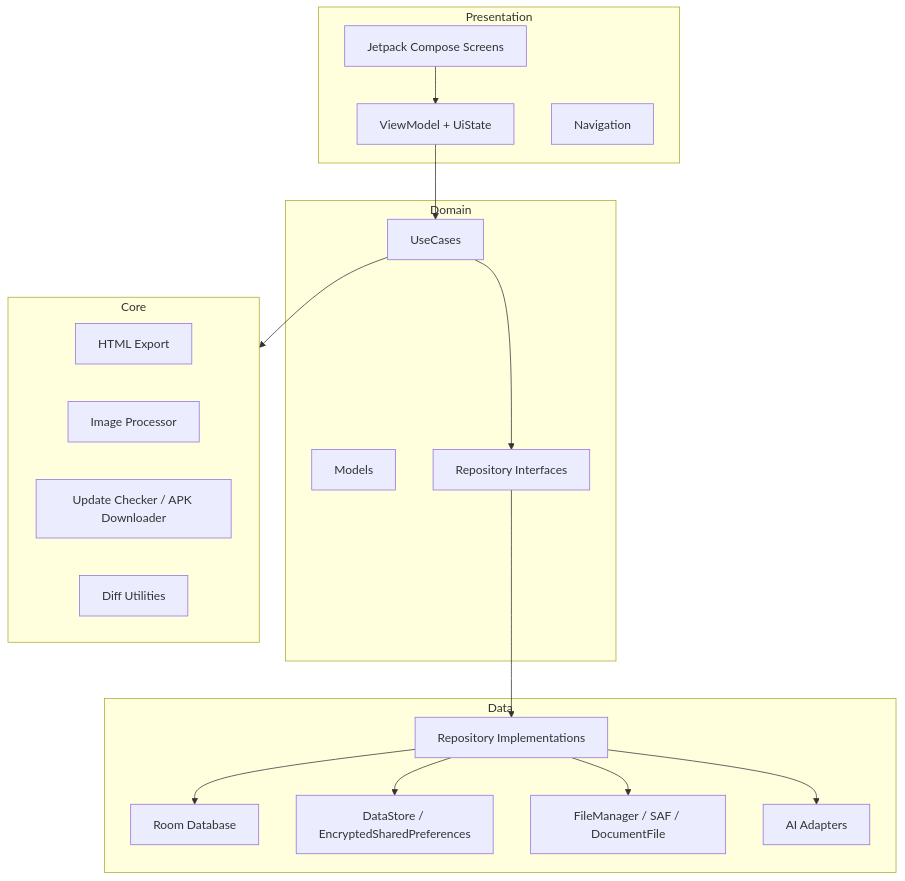
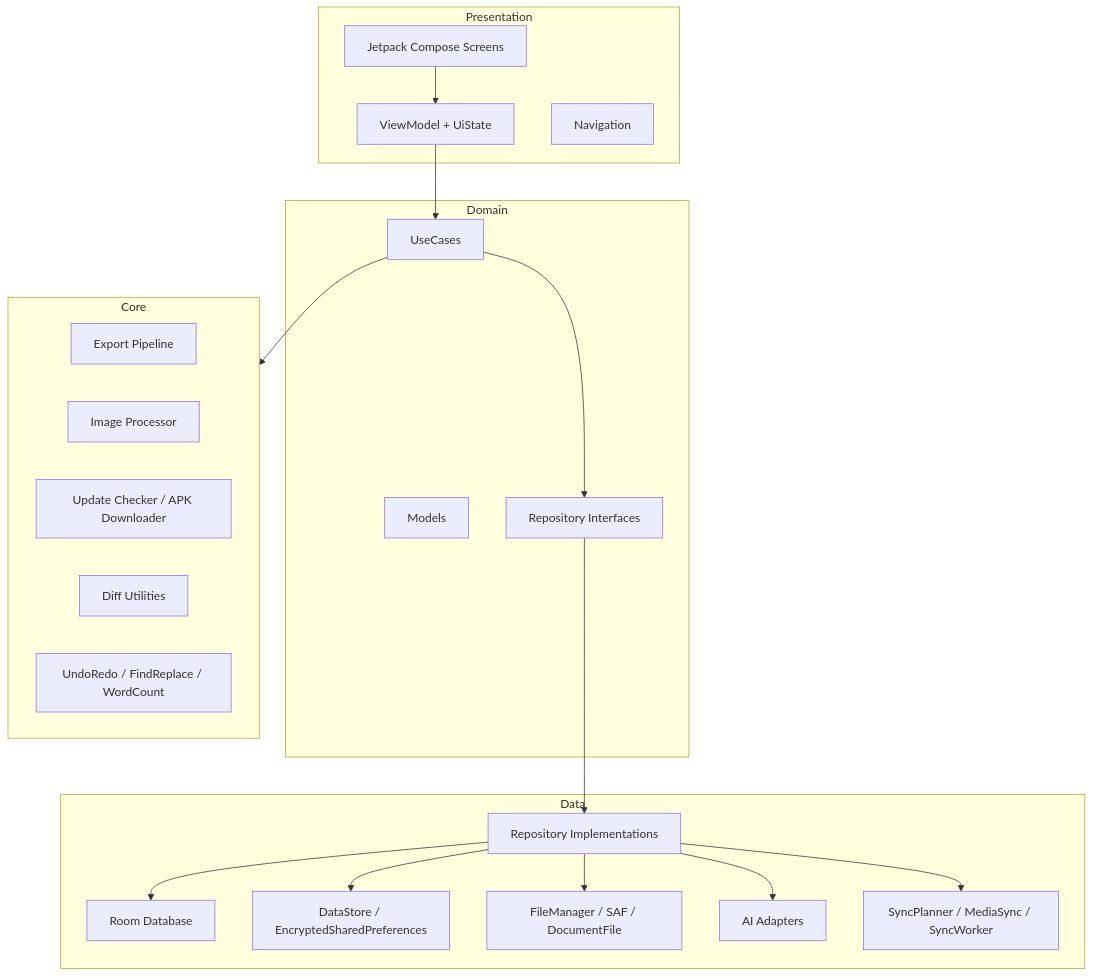
Before and after one commit to ban-code-art/YuMark: the third of 3 diagrams in README.md, drawn with Mermaid. The commit also changed other lines of this file and 1 other file, not shown here.

````diff
--- a/README.md
+++ b/README.md
@@ -246,39 +275,42 @@
 ```mermaid
 flowchart TB
     subgraph Presentation["Presentation"]
         Compose["Jetpack Compose Screens"]
         VM["ViewModel + UiState"]
         Nav["Navigation"]
     end
 
     subgraph Domain["Domain"]
         Model["Models"]
         UseCase["UseCases"]
         RepoContract["Repository Interfaces"]
     end
 
     subgraph Data["Data"]
         RepoImpl["Repository Implementations"]
         Room["Room Database"]
         Store["DataStore / EncryptedSharedPreferences"]
         FileIO["FileManager / SAF / DocumentFile"]
         AI["AI Adapters"]
+        Sync["SyncPlanner / MediaSync / SyncWorker"]
     end
 
     subgraph Core["Core"]
-        Export["HTML Export"]
+        Export["Export Pipeline"]
         Image["Image Processor"]
         Update["Update Checker / APK Downloader"]
         Diff["Diff Utilities"]
+        Text["UndoRedo / FindReplace / WordCount"]
     end
 
     Compose --> VM
     VM --> UseCase
     UseCase --> RepoContract
     RepoContract --> RepoImpl
     RepoImpl --> Room
     RepoImpl --> Store
     RepoImpl --> FileIO
     RepoImpl --> AI
+    RepoImpl --> Sync
     UseCase --> Core
 ```
````
